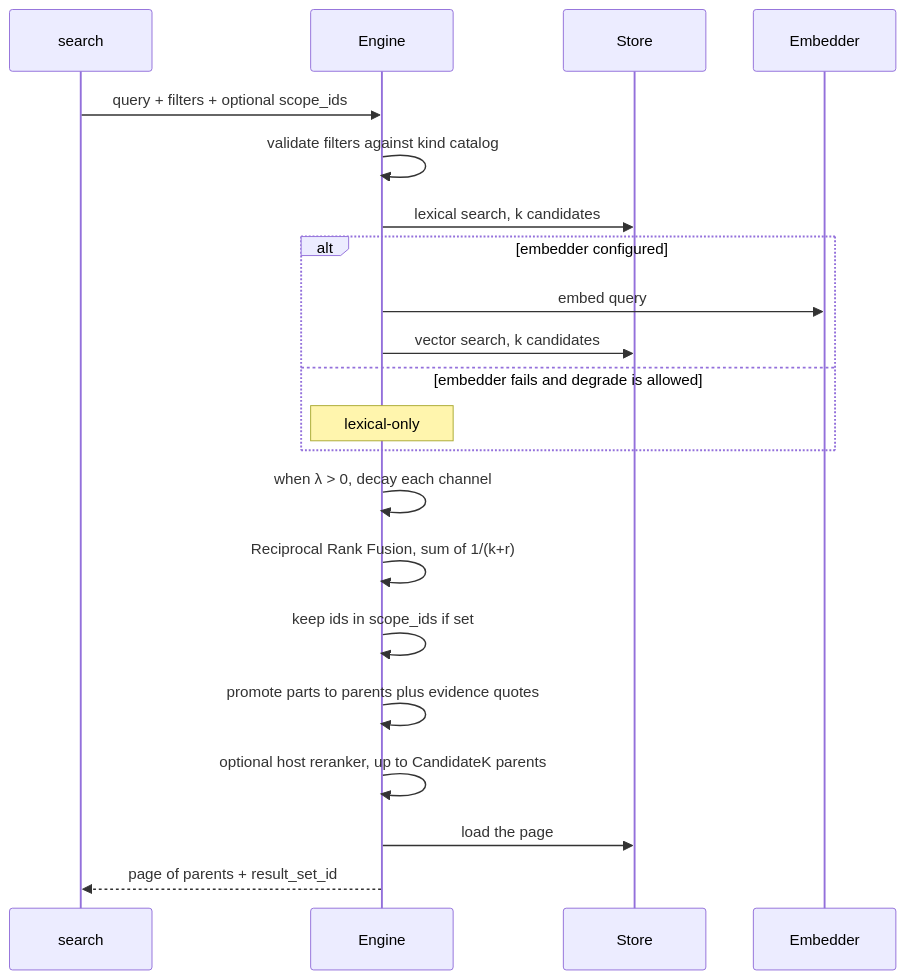
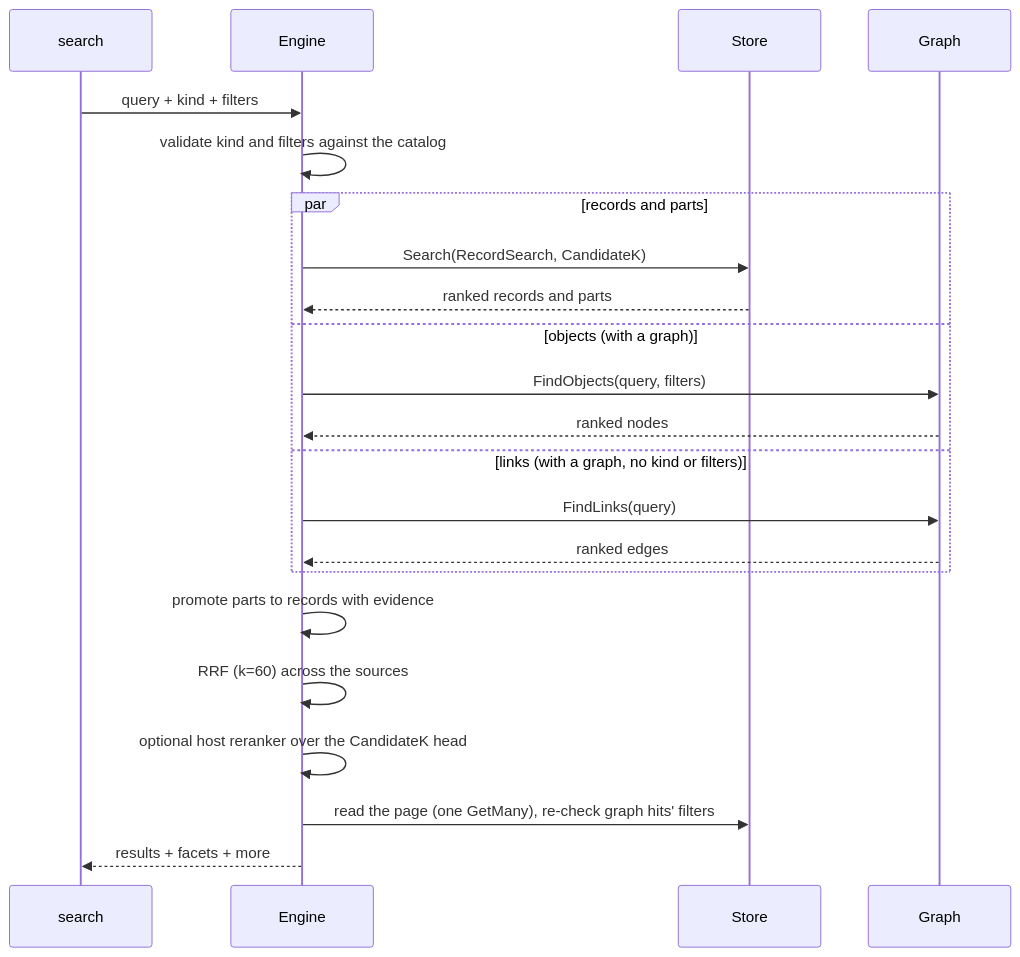
One commit to Ryanaldo34/tacklr changed the sixth of 7 diagrams in docs/knowledge.md. Above: the diagram before and after it, drawn with Mermaid. The commit also changed other lines of this file and 132 other files, not shown here.

````diff
--- a/docs/knowledge.md
+++ b/docs/knowledge.md
@@ -486,24 +520,25 @@
 ```mermaid
 sequenceDiagram
     participant T as search
     participant E as Engine
     participant S as Store
-    participant Emb as Embedder
+    participant G as Graph
 
-    T->>E: query + filters + optional scope_ids
-    E->>E: validate filters against kind catalog
-    E->>S: lexical search, k candidates
-    alt embedder configured
-        E->>Emb: embed query
-        E->>S: vector search, k candidates
-    else embedder fails and degrade is allowed
-        Note over E: lexical-only
+    T->>E: query + kind + filters
+    E->>E: validate kind and filters against the catalog
+    par records and parts
+        E->>S: Search(RecordSearch, CandidateK)
+        S-->>E: ranked records and parts
+    and objects (with a graph)
+        E->>G: FindObjects(query, filters)
+        G-->>E: ranked nodes
+    and links (with a graph, no kind or filters)
+        E->>G: FindLinks(query)
+        G-->>E: ranked edges
     end
-    E->>E: when λ > 0, decay each channel
-    E->>E: Reciprocal Rank Fusion, sum of 1/(k+r)
-    E->>E: keep ids in scope_ids if set
-    E->>E: promote parts to parents plus evidence quotes
-    E->>E: optional host reranker, up to CandidateK parents
-    E->>S: load the page
-    E-->>T: page of parents + result_set_id
+    E->>E: promote parts to records with evidence
+    E->>E: RRF (k=60) across the sources
+    E->>E: optional host reranker over the CandidateK head
+    E->>S: read the page (one GetMany), re-check graph hits' filters
+    E-->>T: results + facets + more
 ```
````
